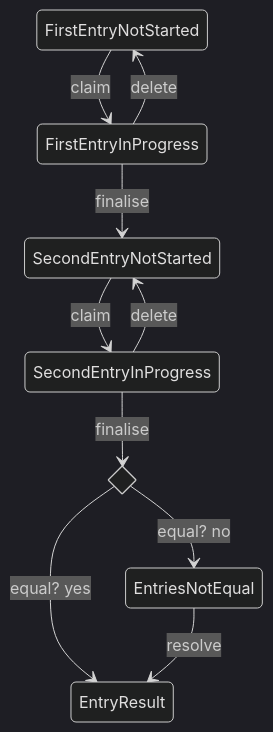
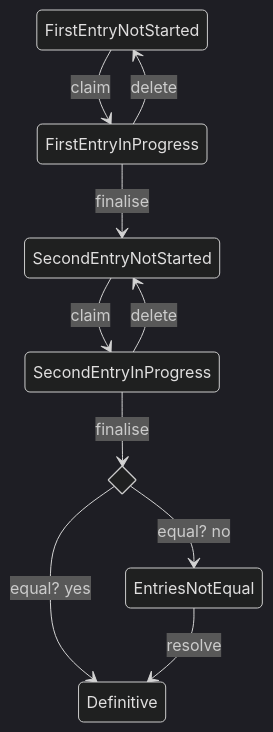
The diagram in documentatie/flowcharts/data-entry-state.md (kiesraad/abacus), drawn with Mermaid (dark theme) before and after one commit. The commit also changed 3 other files, not shown here.

````diff
--- a/documentatie/flowcharts/data-entry-state.md
+++ b/documentatie/flowcharts/data-entry-state.md
@@ -7,17 +7,17 @@
 ```mermaid
 stateDiagram
 FirstEntryNotStarted --> FirstEntryInProgress: claim
 #FirstEntryInProgress --> FirstEntryInProgress: save
 FirstEntryInProgress --> SecondEntryNotStarted: finalise
 FirstEntryInProgress --> FirstEntryNotStarted: delete
 SecondEntryNotStarted --> SecondEntryInProgress: claim
 #SecondEntryInProgress --> SecondEntryInProgress: save
 state is_equal <<choice>>
-is_equal --> EntryResult: equal? yes
+is_equal --> Definitive: equal? yes
 is_equal --> EntriesNotEqual: equal? no
 SecondEntryInProgress --> is_equal: finalise
 SecondEntryInProgress --> SecondEntryNotStarted: delete
 #EntriesNotEqual --> EntriesNotEqual: save
 # Will be Implemented in #130: EntriesNotEqual --> NotStarted: delete
-EntriesNotEqual --> EntryResult: resolve
+EntriesNotEqual --> Definitive: resolve
 ```
````
